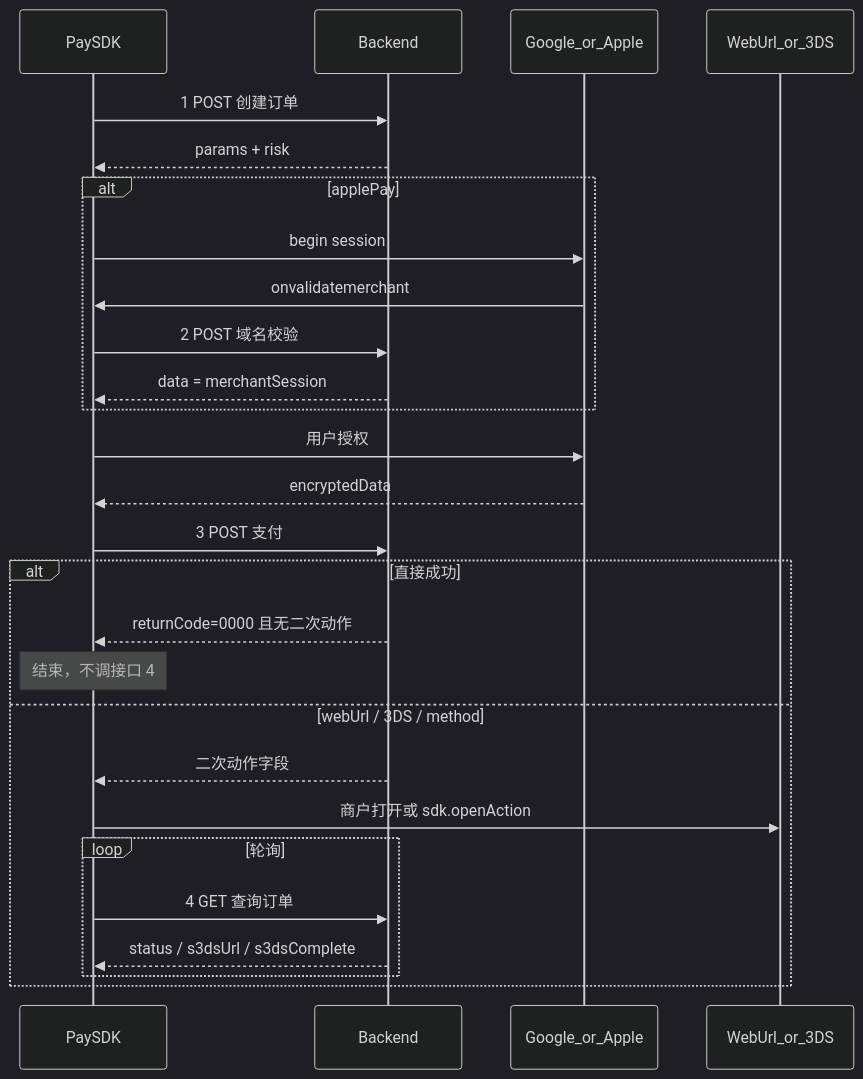
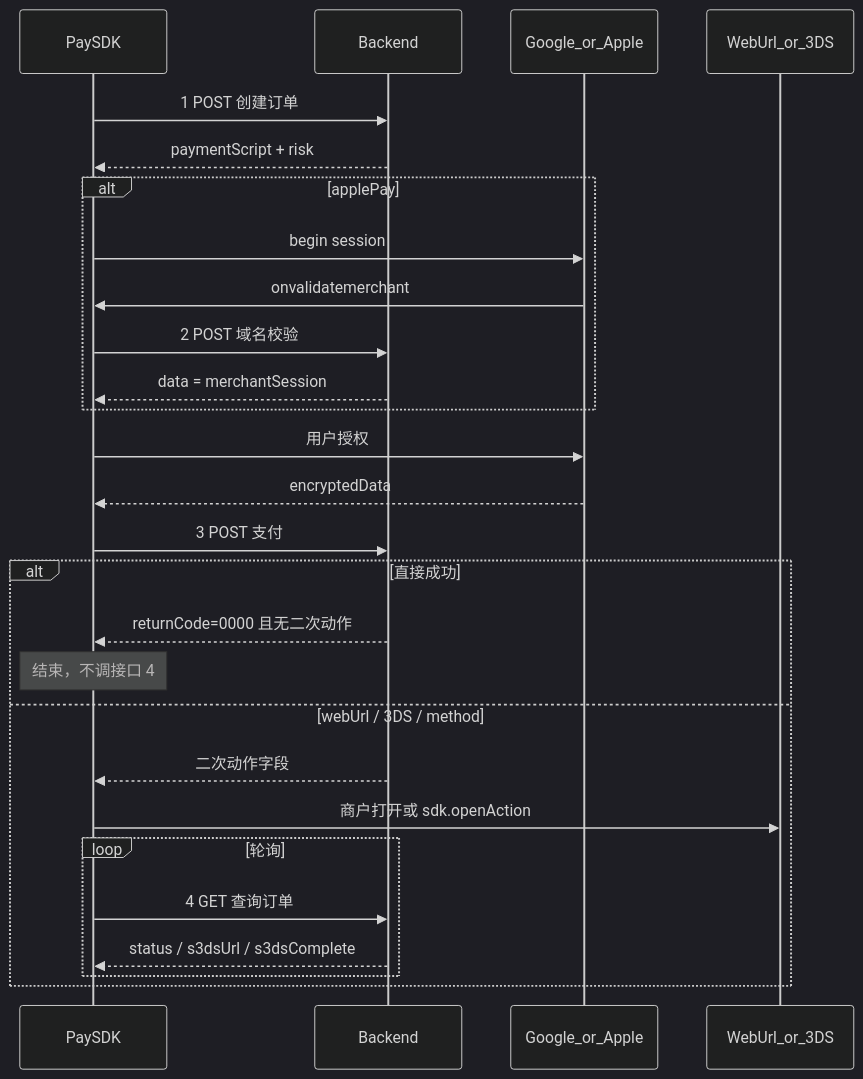
One commit to laibaduoji/pay-sdk-mvp changed the diagram in docs/pay-api/SERVER.md. Above: the diagram before and after it, drawn with Mermaid (dark theme). The commit also changed other lines of this file and 18 other files, not shown here.

First line of the commit message:
Align create-order with Apifox: S2S request and orderNo/paymentScript.

````diff
--- a/docs/pay-api/SERVER.md
+++ b/docs/pay-api/SERVER.md
@@ -95,30 +95,30 @@
 ```mermaid
 sequenceDiagram
   participant SDK as PaySDK
   participant API as Backend
   participant Wallet as Google_or_Apple
   participant Page as WebUrl_or_3DS
 
   SDK->>API: 1 POST 创建订单
-  API-->>SDK: params + risk
+  API-->>SDK: paymentScript + risk
   alt applePay
     SDK->>Wallet: begin session
     Wallet->>SDK: onvalidatemerchant
     SDK->>API: 2 POST 域名校验
     API-->>SDK: data = merchantSession
   end
   SDK->>Wallet: 用户授权
   Wallet-->>SDK: encryptedData
   SDK->>API: 3 POST 支付
   alt 直接成功
     API-->>SDK: returnCode=0000 且无二次动作
     Note over SDK: 结束，不调接口 4
   else webUrl / 3DS / method
     API-->>SDK: 二次动作字段
     SDK->>Page: 商户打开或 sdk.openAction
     loop 轮询
       SDK->>API: 4 GET 查询订单
       API-->>SDK: status / s3dsUrl / s3dsComplete
     end
   end
 ```
````
